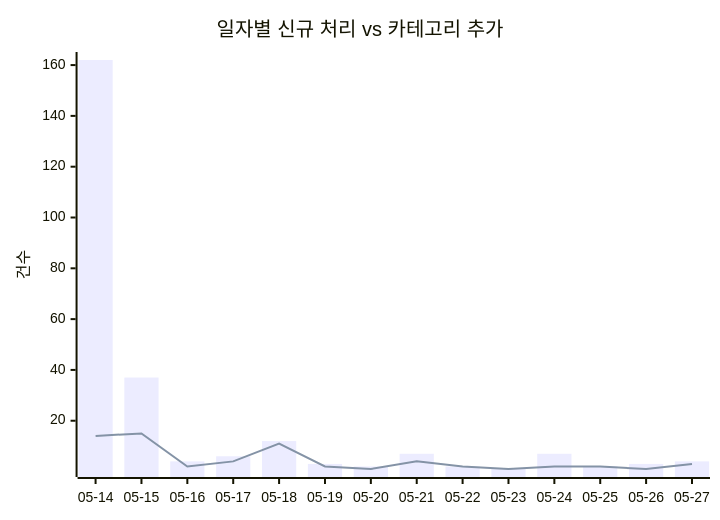
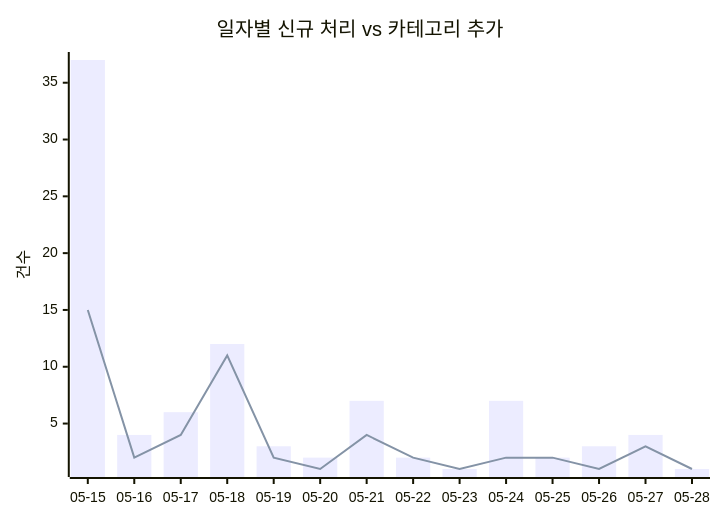
Before and after one commit to J-nowcow/awesome-korean-agent-skills: the first of 2 diagrams in docs/trends.md, drawn with Mermaid. The commit also changed other lines of this file and 3 other files, not shown here.

````diff
--- a/docs/trends.md
+++ b/docs/trends.md
@@ -32,8 +32,8 @@
 ```mermaid
 xychart-beta
     title "일자별 신규 처리 vs 카테고리 추가"
-    x-axis ["05-14","05-15","05-16","05-17","05-18","05-19","05-20","05-21","05-22","05-23","05-24","05-25","05-26","05-27"]
+    x-axis ["05-15","05-16","05-17","05-18","05-19","05-20","05-21","05-22","05-23","05-24","05-25","05-26","05-27","05-28"]
     y-axis "건수"
-    bar [162,37,4,6,12,3,2,7,2,1,7,2,3,4]
-    line [14,15,2,4,11,2,1,4,2,1,2,2,1,3]
+    bar [37,4,6,12,3,2,7,2,1,7,2,3,4,1]
+    line [15,2,4,11,2,1,4,2,1,2,2,1,3,1]
 ```
````
